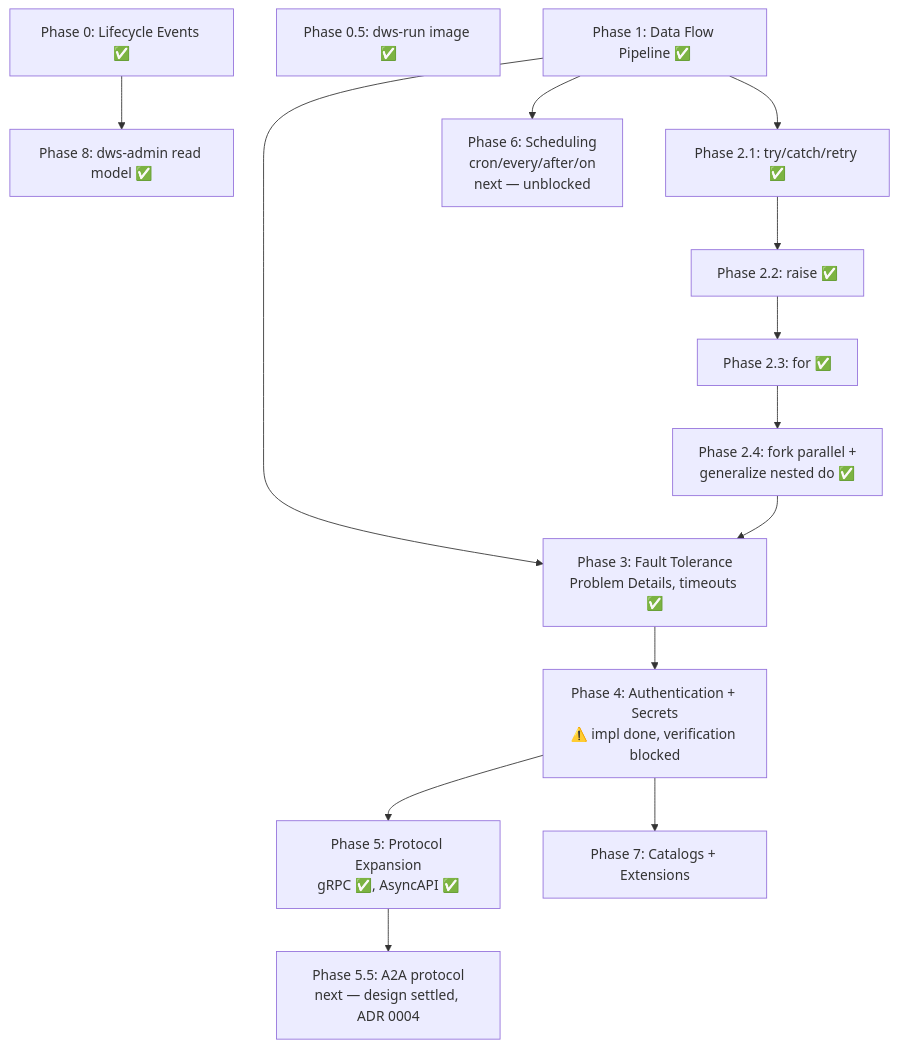
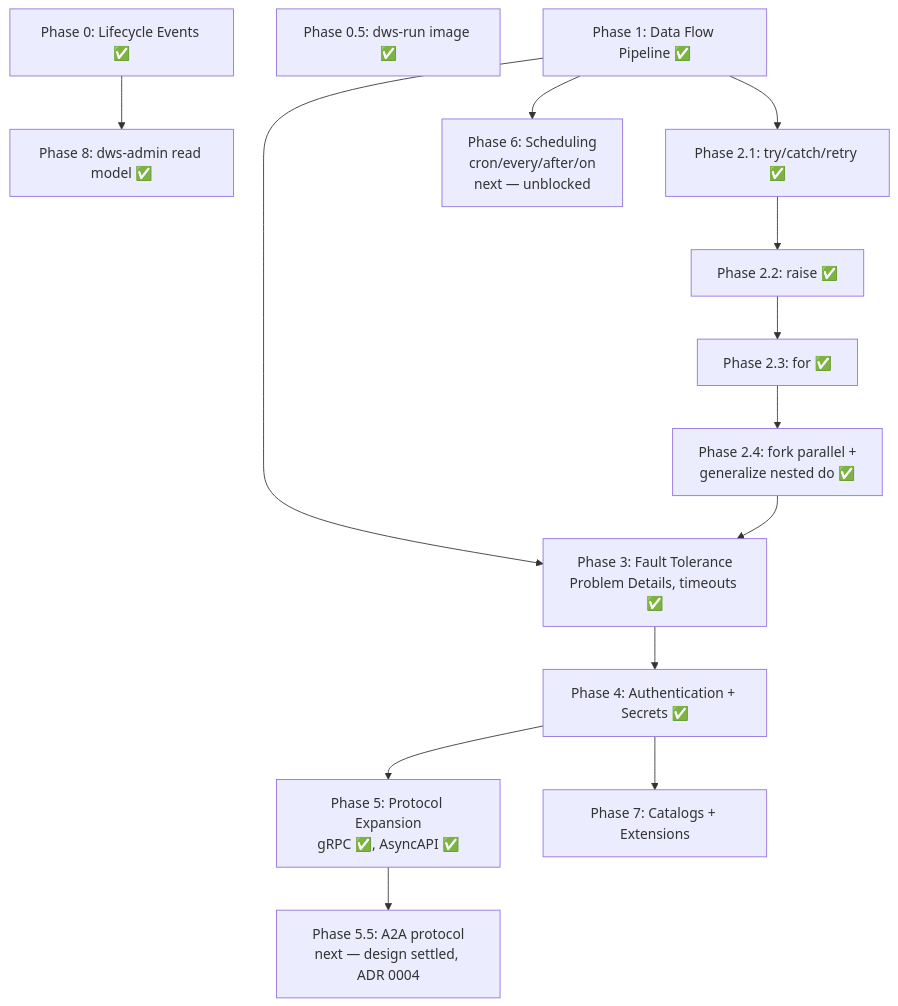
The diagram in docs/roadmaps/openworkflow-features.md (tonylibs/dapr-workflow-spec), drawn with Mermaid before and after one commit. The commit also changed other lines of this file and 13 other files, not shown here.

````diff
--- a/docs/roadmaps/openworkflow-features.md
+++ b/docs/roadmaps/openworkflow-features.md
@@ -49,16 +49,16 @@
 ```mermaid
 flowchart TD
   P0[Phase 0: Lifecycle Events ✅] --> P8[Phase 8: dws-admin read model ✅]
   P05[Phase 0.5: dws-run image ✅]
   P1[Phase 1: Data Flow Pipeline ✅] --> P2a[Phase 2.1: try/catch/retry ✅]
   P2a --> P2b[Phase 2.2: raise ✅]
   P2b --> P2c[Phase 2.3: for ✅]
   P2c --> P2d[Phase 2.4: fork parallel +<br/>generalize nested do ✅]
   P1 --> P3[Phase 3: Fault Tolerance<br/>Problem Details, timeouts ✅]
   P2d --> P3
-  P3 --> P4[Phase 4: Authentication + Secrets<br/>⚠️ impl done, verification blocked]
+  P3 --> P4[Phase 4: Authentication + Secrets ✅]
   P4 --> P5[Phase 5: Protocol Expansion<br/>gRPC ✅, AsyncAPI ✅]
   P5 --> P55[Phase 5.5: A2A protocol<br/>next — design settled, ADR 0004]
   P1 --> P6[Phase 6: Scheduling<br/>cron/every/after/on<br/>next — unblocked]
   P4 --> P7[Phase 7: Catalogs + Extensions]
 ```
````
